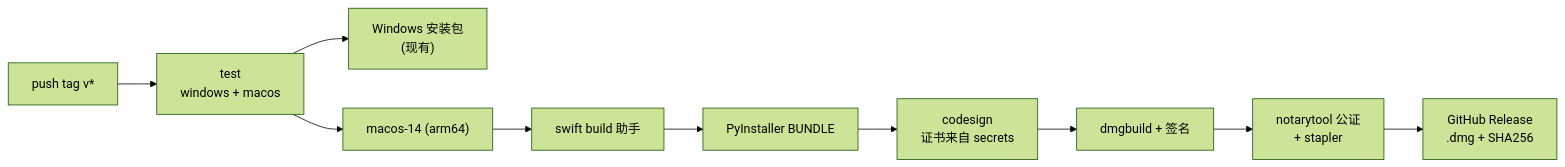
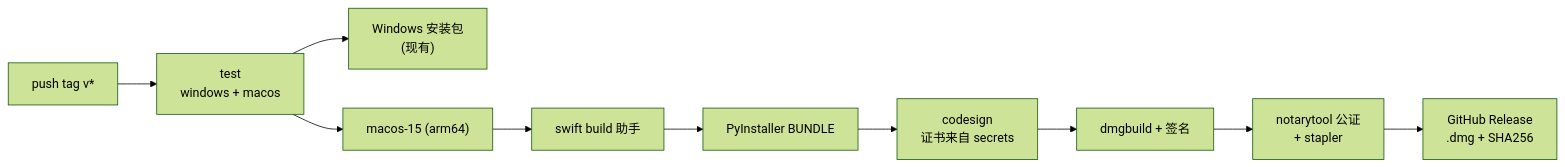
The second of 2 diagrams in docs/MACOS.md (zohoMatt/audio-notes), drawn with Mermaid (forest theme) before and after one commit. The commit also changed other lines of this file and 1 other file, not shown here.

First line of the commit message:
Run the macOS CI job on macos-15

````diff
--- a/docs/MACOS.md
+++ b/docs/MACOS.md
@@ -193,12 +193,12 @@
 ```mermaid
 flowchart LR
     T["push tag v*"] --> TEST["test<br/>windows + macos"]
     TEST --> WIN["Windows 安装包<br/>(现有)"]
-    TEST --> MAC["macos-14 (arm64)"]
+    TEST --> MAC["macos-15 (arm64)"]
     MAC --> B1["swift build 助手"]
     B1 --> B2["PyInstaller BUNDLE"]
     B2 --> B3["codesign<br/>证书来自 secrets"]
     B3 --> B4["dmgbuild + 签名"]
     B4 --> B5["notarytool 公证<br/>+ stapler"]
     B5 --> GH["GitHub Release<br/>.dmg + SHA256"]
 ```
````
